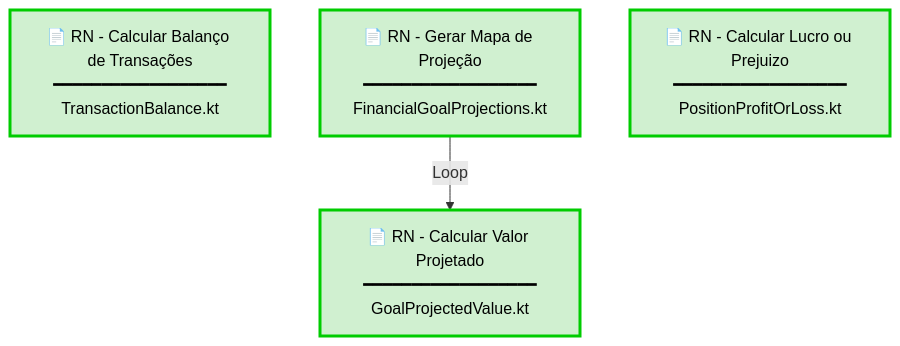
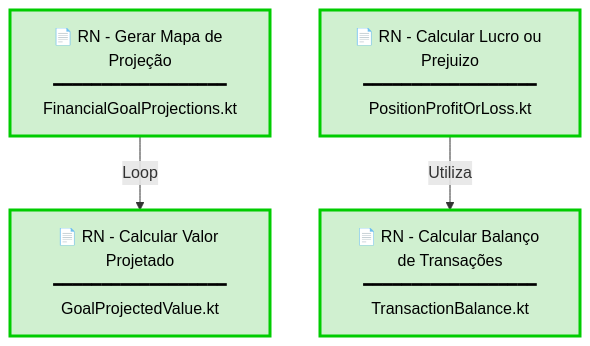
The diagram in docs/Modelagem das Regras de Negocio.md (enirsilvaferraz/Investments-KMP), drawn with Mermaid before and after one commit. The commit also changed other lines of this file and 3 other files, not shown here.

````diff
--- a/docs/Modelagem das Regras de Negocio.md
+++ b/docs/Modelagem das Regras de Negocio.md
@@ -9,14 +9,15 @@
 ```mermaid
 graph TB
     RN1["📄 RN - Calcular Balanço de Transações<br/>━━━━━━━━━━━━━━━━━━<br/>TransactionBalance.kt"]
     RN2["📄 RN - Calcular Valor Projetado<br/>━━━━━━━━━━━━━━━━━━<br/>GoalProjectedValue.kt"]
     RN3["📄 RN - Gerar Mapa de Projeção<br/>━━━━━━━━━━━━━━━━━━<br/>FinancialGoalProjections.kt"]
     RN4["📄 RN - Calcular Lucro ou Prejuizo<br/>━━━━━━━━━━━━━━━━━━<br/>PositionProfitOrLoss.kt"]
     
     RN3 --> | Loop | RN2
+    RN4 --> | Utiliza | RN1
     
     style RN1 fill:#d0f0d0,stroke:#00cc00,stroke-width:3px,color:#000
     style RN2 fill:#d0f0d0,stroke:#00cc00,stroke-width:3px,color:#000
     style RN3 fill:#d0f0d0,stroke:#00cc00,stroke-width:3px,color:#000
     style RN4 fill:#d0f0d0,stroke:#00cc00,stroke-width:3px,color:#000
 ```
````
